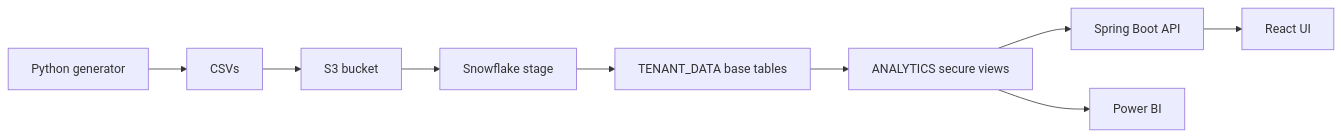
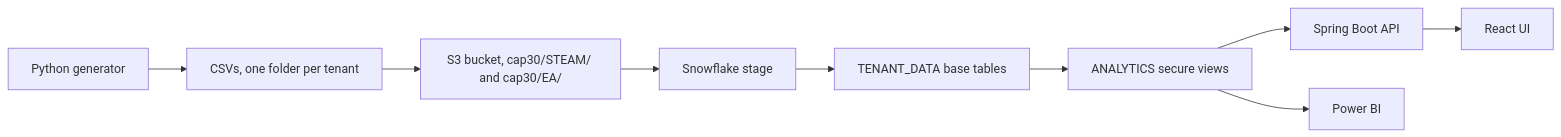
One commit to Aryanprakash05/-cap-30-tenant-isolation changed the second of 2 diagrams in docs/task-02-architecture.md. Above: the diagram before and after it, drawn with Mermaid. The commit also changed other lines of this file and 1 other file, not shown here.

Commit message:
Task 3: per-tenant S3 layout — STEAM/EA folders

````diff
--- a/docs/task-02-architecture.md
+++ b/docs/task-02-architecture.md
@@ -164,11 +164,11 @@
 ```mermaid
 flowchart LR
-    PY[Python generator] --> CSV[CSVs]
-    CSV --> S3[S3 bucket]
+    PY[Python generator] --> CSV[CSVs, one folder per tenant]
+    CSV --> S3[S3 bucket, cap30/STEAM/ and cap30/EA/]
     S3 --> STG[Snowflake stage]
     STG --> BASE[TENANT_DATA base tables]
     BASE --> VIEWS[ANALYTICS secure views]
     VIEWS --> API[Spring Boot API]
     VIEWS --> PBI[Power BI]
     API --> REACT[React UI]
 ```
````
